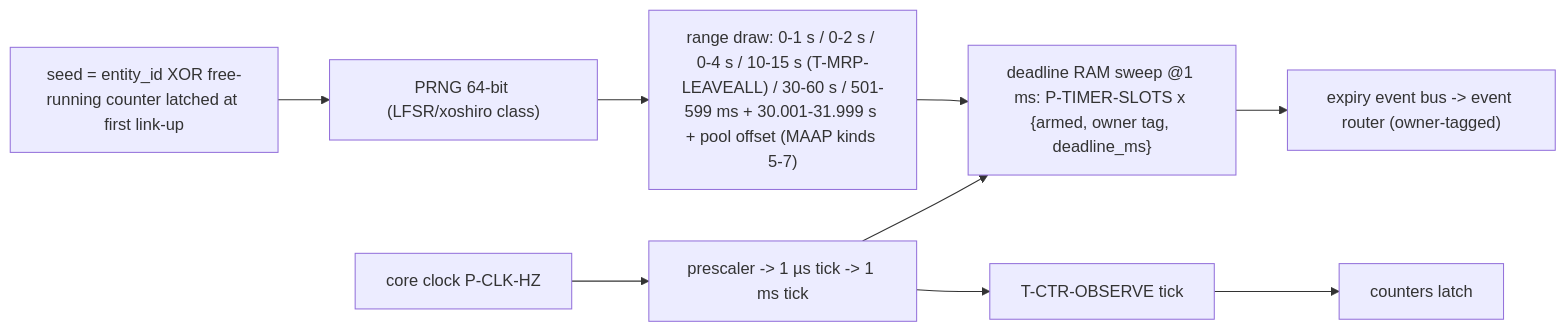
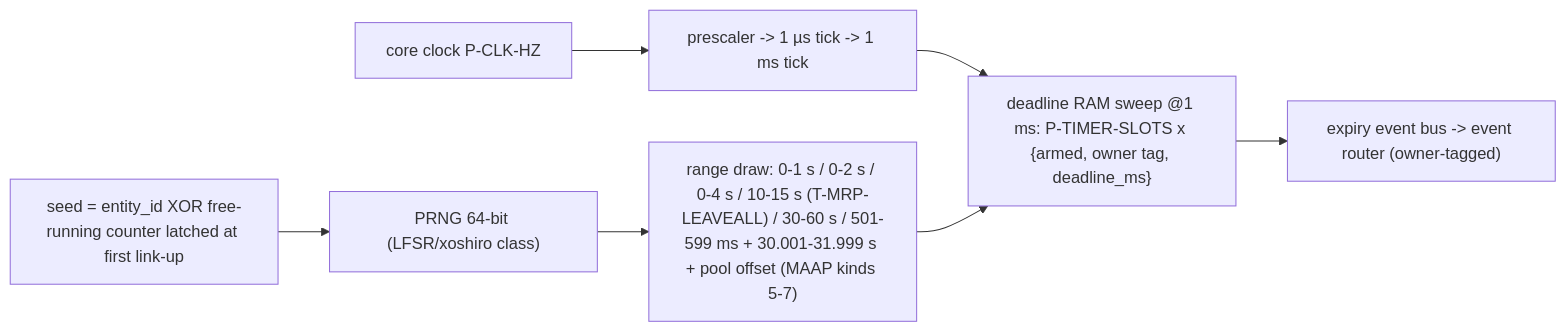
One commit to Mister-M-alt/protocol-processor-control-plane-avb-milan changed the diagram in docs/architecture/08_timing.md. Above: the diagram before and after it, drawn with Mermaid. The commit also changed other lines of this file and 7 other files, not shown here.

````diff
--- a/docs/architecture/08_timing.md
+++ b/docs/architecture/08_timing.md
@@ -97,11 +97,9 @@
 ```mermaid
 flowchart LR
   clk["core clock P-CLK-HZ"] --> ps["prescaler -> 1 µs tick -> 1 ms tick"]
   ps --> ramsweep["deadline RAM sweep @1 ms: P-TIMER-SLOTS x {armed, owner tag, deadline_ms}"]
   ramsweep --> evb["expiry event bus -> event router (owner-tagged)"]
   prng["PRNG 64-bit (LFSR/xoshiro class)"] --> draw["range draw: 0-1 s / 0-2 s / 0-4 s / 10-15 s (T-MRP-LEAVEALL) / 30-60 s / 501-599 ms + 30.001-31.999 s + pool offset (MAAP kinds 5-7)"]
   seed["seed = entity_id XOR free-running counter latched at first link-up"] --> prng
   draw --> ramsweep
-  obs["T-CTR-OBSERVE tick"] --> ctrs["counters latch"]
-  ps --> obs
 ```
````
